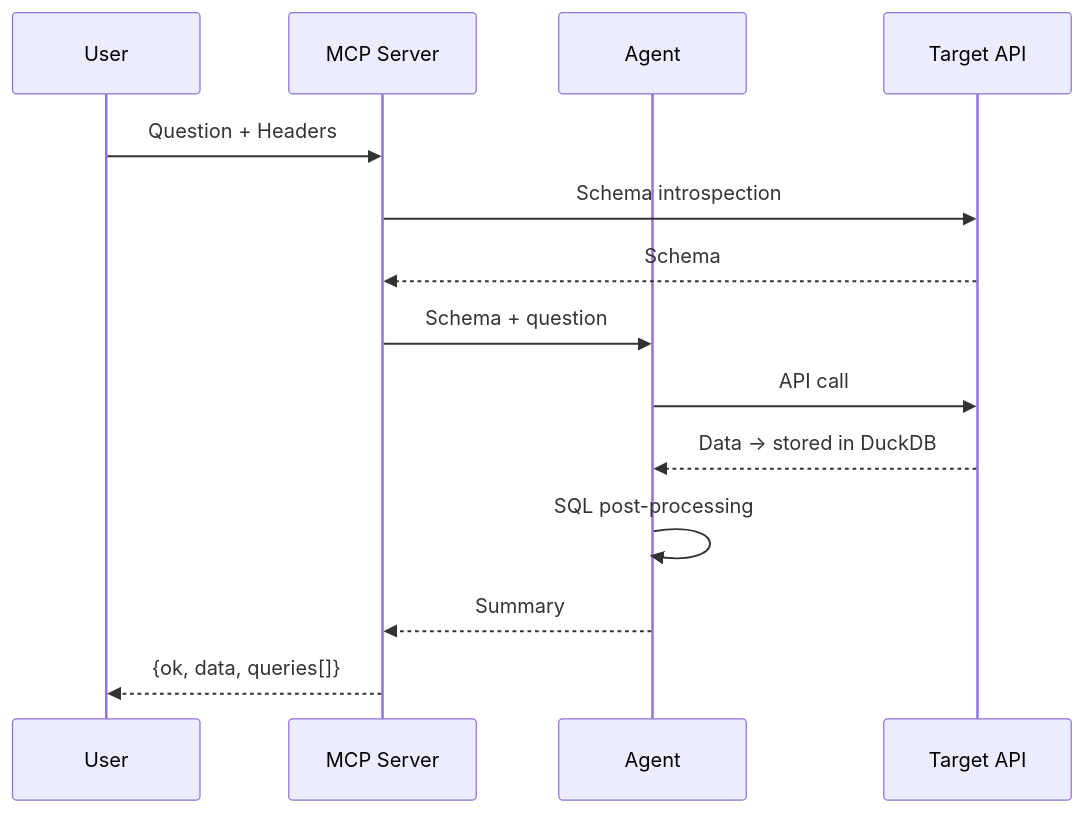
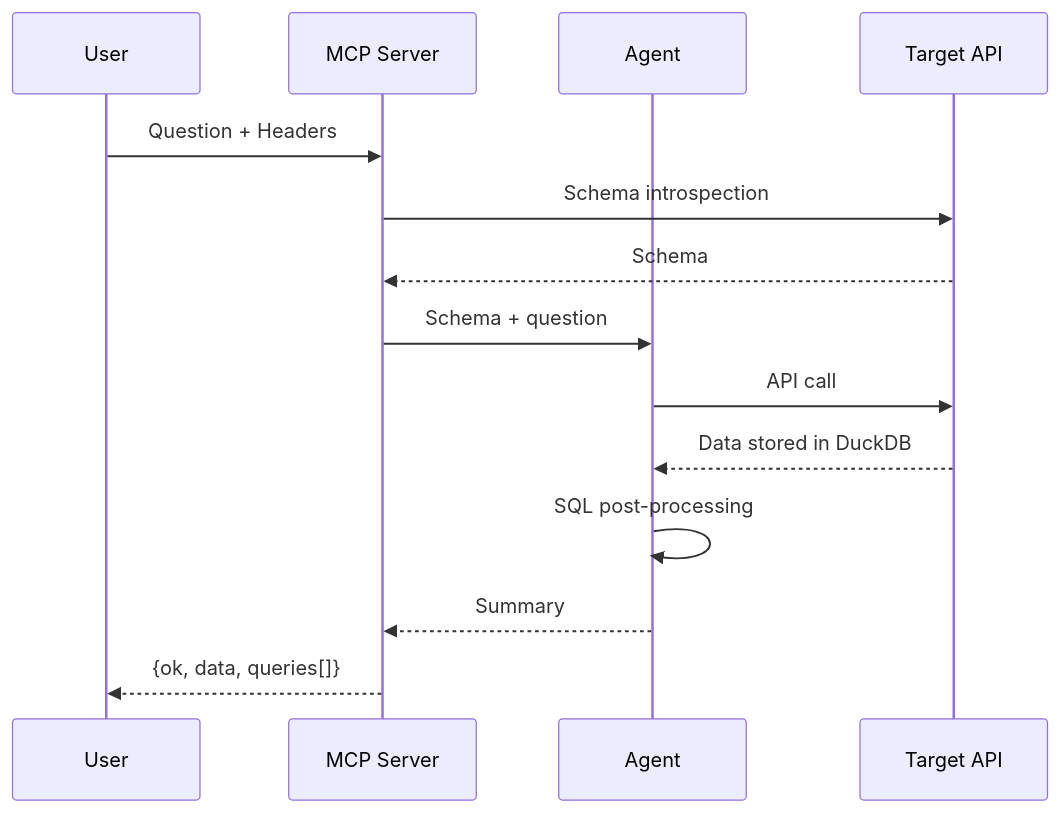
One commit to innago-property-management/ratatoskr changed the first of 3 diagrams in README.md. Above: the diagram before and after it, drawn with Mermaid. The commit also changed other lines of this file and 13 other files, not shown here.

````diff
--- a/README.md
+++ b/README.md
@@ -171,17 +117,17 @@
 ```mermaid
 sequenceDiagram
     participant U as User
     participant M as MCP Server
     participant A as Agent
     participant G as Target API
 
     U->>M: Question + Headers
     M->>G: Schema introspection
     G-->>M: Schema
     M->>A: Schema + question
     A->>G: API call
-    G-->>A: Data → stored in DuckDB
+    G-->>A: Data stored in DuckDB
     A->>A: SQL post-processing
     A-->>M: Summary
     M-->>U: {ok, data, queries[]}
 ```
````
